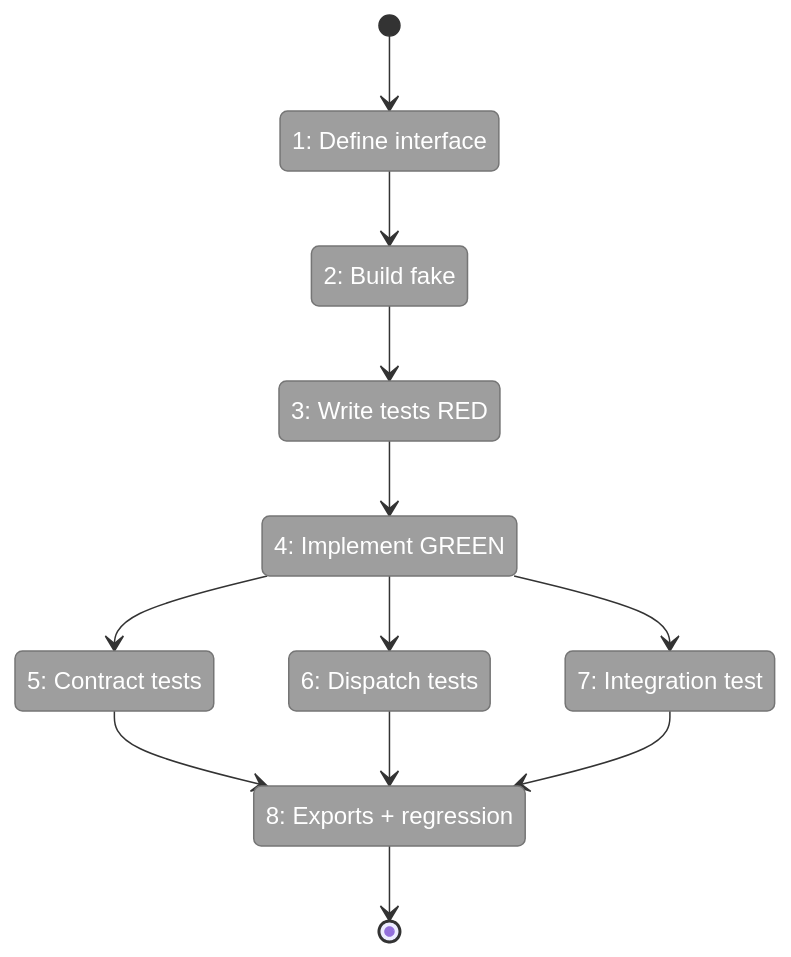
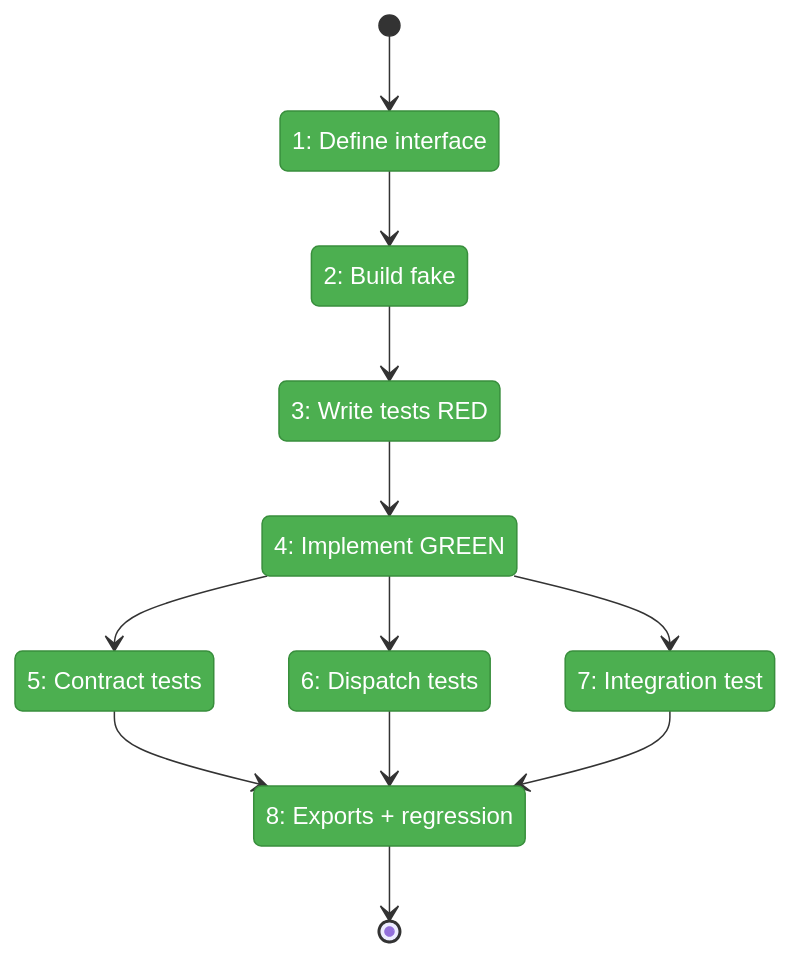
One commit to AI-Substrate/chainglass changed the first of 2 diagrams in docs/plans/032-node-event-system/tasks/phase-7-onbas-adaptation-and-backward-compat-projections/tasks.fltplan.md. Above: the diagram before and after it, drawn with Mermaid. The commit also changed other lines of this file and 12 other files, not shown here.

First line of the commit message:
feat(032): Phase 7 complete — IEventHandlerService graph-wide event processor

````diff
--- a/docs/plans/032-node-event-system/tasks/phase-7-onbas-adaptation-and-backward-compat-projections/tasks.fltplan.md
+++ b/docs/plans/032-node-event-system/tasks/phase-7-onbas-adaptation-and-backward-compat-projections/tasks.fltplan.md
@@ -22,30 +22,30 @@
 ```mermaid
 stateDiagram-v2
     classDef pending fill:#9E9E9E,stroke:#757575,color:#fff
     classDef active fill:#FFC107,stroke:#FFA000,color:#000
     classDef done fill:#4CAF50,stroke:#388E3C,color:#fff
     classDef blocked fill:#F44336,stroke:#D32F2F,color:#fff
 
     state "1: Define interface" as S1
     state "2: Build fake" as S2
     state "3: Write tests RED" as S3
     state "4: Implement GREEN" as S4
     state "5: Contract tests" as S5
     state "6: Dispatch tests" as S6
     state "7: Integration test" as S7
     state "8: Exports + regression" as S8
 
     [*] --> S1
     S1 --> S2
     S2 --> S3
     S3 --> S4
     S4 --> S5
     S4 --> S6
     S4 --> S7
     S5 --> S8
     S6 --> S8
     S7 --> S8
     S8 --> [*]
 
-    class S1,S2,S3,S4,S5,S6,S7,S8 pending
+    class S1,S2,S3,S4,S5,S6,S7,S8 done
 ```
````
